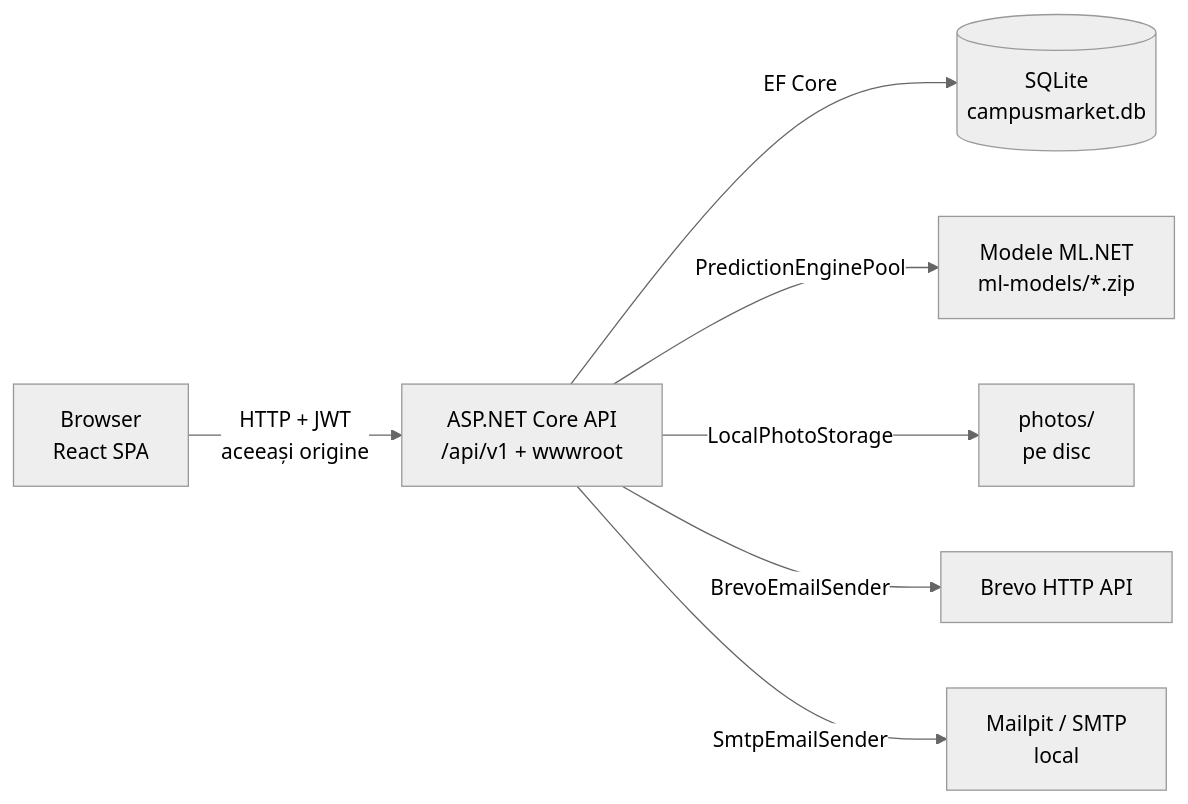
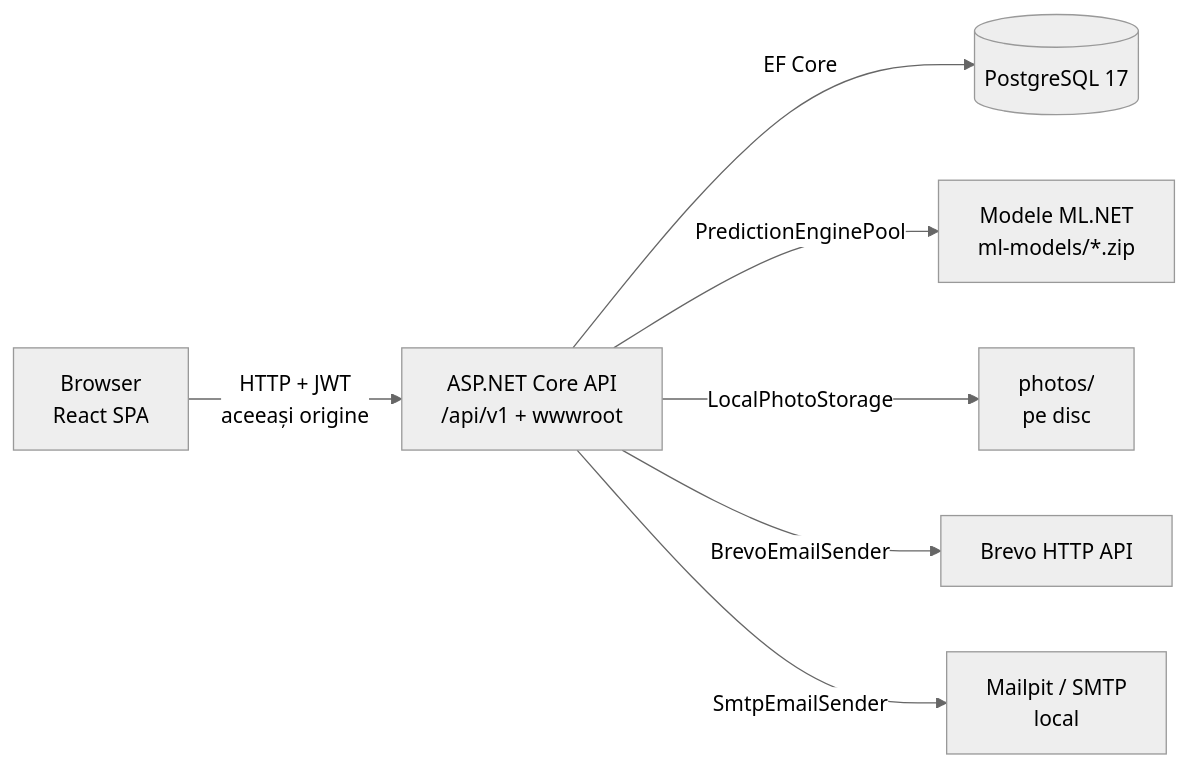
The first of 6 diagrams in docs/architecture.md (sara-giulia/campus-app), drawn with Mermaid (neutral theme) before and after one commit. The commit also changed other lines of this file and 1 other file, not shown here.

Commit message:
PostgreSQL: README and architecture

````diff
--- a/docs/architecture.md
+++ b/docs/architecture.md
@@ -8,9 +8,9 @@
 ```mermaid
 flowchart LR
     B["Browser<br/>React SPA"] -->|"HTTP + JWT<br/>aceeași origine"| API["ASP.NET Core API<br/>/api/v1 + wwwroot"]
-    API -->|"EF Core"| DB[("SQLite<br/>campusmarket.db")]
+    API -->|"EF Core"| DB[("PostgreSQL 17")]
     API -->|"PredictionEnginePool"| ML["Modele ML.NET<br/>ml-models/*.zip"]
     API -->|"LocalPhotoStorage"| PH["photos/<br/>pe disc"]
     API -->|"BrevoEmailSender"| BR["Brevo HTTP API"]
     API -->|"SmtpEmailSender"| MP["Mailpit / SMTP<br/>local"]
 ```
````
